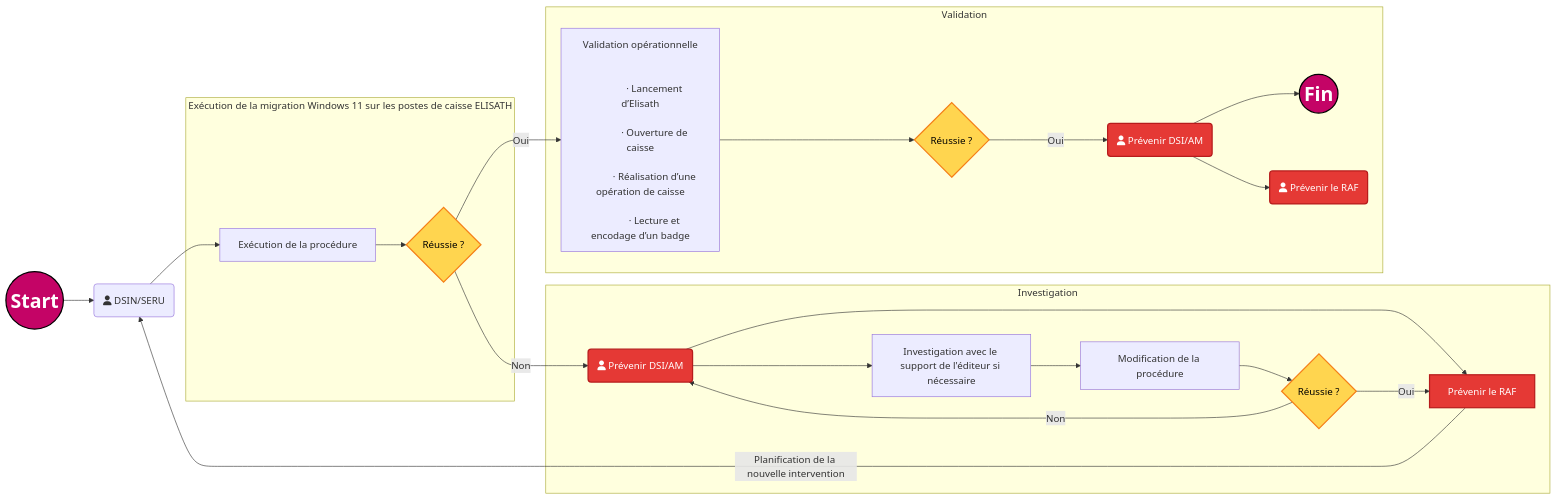
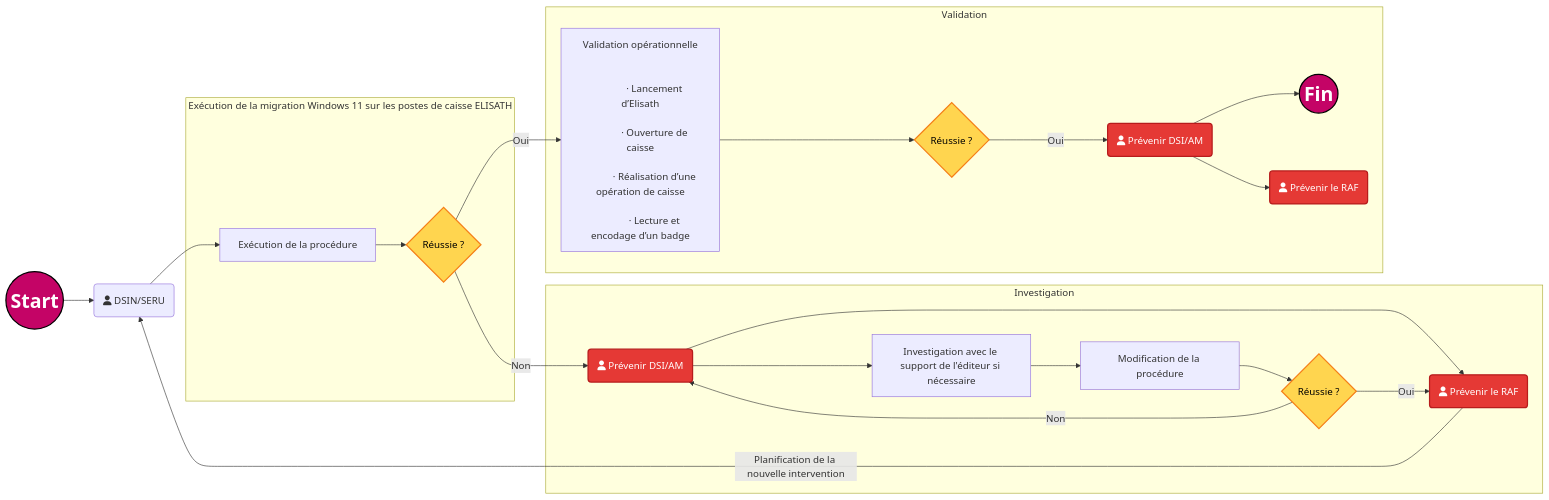
Before and after one commit to fdadda/iodraw-files: the diagram in all/Flux de validation.md, drawn with Mermaid.

Commit message:
2026-05-12 11:39:38 update

````diff
--- a/all/Flux de validation.md
+++ b/all/Flux de validation.md
@@ -1,59 +1,59 @@
 ```mermaid
 flowchart LR
 
     start((Start)) --> A
     A(fa:fa-user DSIN/SERU) --> B[Exécution de la procédure]
 
     subgraph Exécution de la migration Windows 11 sur les postes de caisse ELISATH
         B --> C{Réussie ?}
     end
 
     subgraph Validation
         C -->|Oui| D["Validation opérationnelle<br/><br/>
             · Lancement d’Elisath<br/>
             · Ouverture de caisse<br/>
             · Réalisation d’une opération de caisse<br/>
             · Lecture et encodage d’un badge"]
 
         D --> Val{Réussie ?}
 
         Val -->|Oui| PrevDSI(fa:fa-user Prévenir DSI/AM)
         PrevDSI --> fin((Fin))
         PrevDSI  --> PrevRAF(fa:fa-user Prévenir le RAF)
     end
 
     subgraph Investigation
         C -->|Non| E(fa:fa-user Prévenir DSI/AM)
-        E --> F[Prévenir le RAF]
+        E --> F(fa:fa-user Prévenir le RAF)
         E --> G[Investigation avec le support de l'éditeur si nécessaire]
         G --> H[Modification de la procédure]
         H --> I{Réussie ?}
         I -->|Oui| F
         I -->|Non| E
     end
 
     F -->|Planification de la nouvelle intervention| A
 
     %% --- STYLES ---
     classDef StartEndPoint fill:#c40466,stroke:#000,color:#fff,stroke-width:2px,font-size:16px,font-weight:bold;
     classDef decision      fill:#ffd54f,stroke:#f57f17,color:#000,stroke-width:2px;
     classDef error         fill:#e53935,stroke:#b71c1c,color:#fff,stroke-width:2px;
 
     %% --- AFFECTATION DES CLASSES ---
     class start,fin StartEndPoint;
     class C,I,Val decision;
     class E,F,PrevDSI,PrevRAF error;
 
     %% --- “CEINTURE + BRETELLES” (force le style sur les 2 nœuds) ---
     style start font-size:32px,font-weight:bold
     style fin   font-size:32px,font-weight:bold
 
     %% --- Codes couleur (commentaires) ---
     %% Bleu marine #000080
     %% Midnight blue #191970
     %% Bleu foncé intense #080F70
     %% Bleu foncé moderne #111184
     %% Orange #ffd54f
     %% Rouge #e53935
     %% Rose CAPI #c40466
 ```
````
